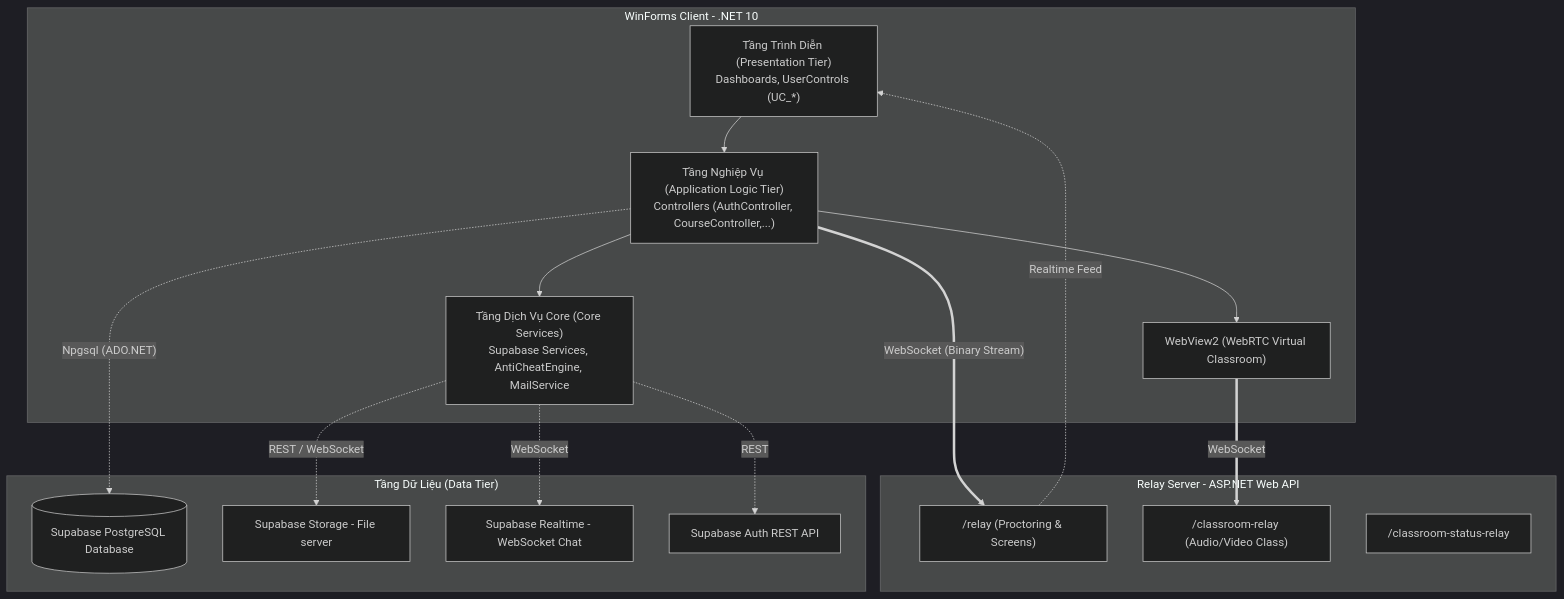
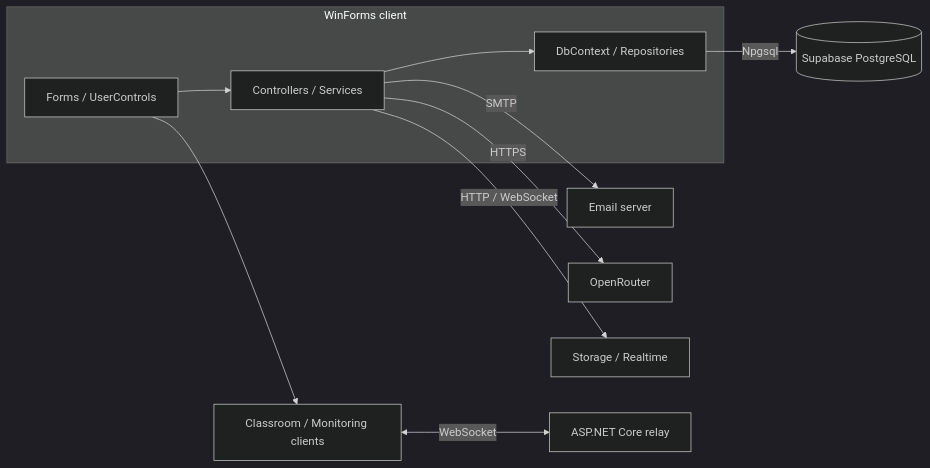
The first of 2 diagrams in present.md (Dotuantai24521545/CourseGuard-project-NT106), drawn with Mermaid (dark theme) before and after one commit. The commit also changed other lines of this file and 3 other files, not shown here.

Commit message:
Align README and presentation with current architecture and verified test scope

````diff
--- a/present.md
+++ b/present.md
@@ -120,36 +30,15 @@
 ```mermaid
-graph TD
-    subgraph Client ["WinForms Client - .NET 10"]
-        UI["Tầng Trình Diễn (Presentation Tier)<br/>Dashboards, UserControls (UC_*)"]
-        C["Tầng Nghiệp Vụ (Application Logic Tier)<br/>Controllers (AuthController, CourseController,...)"]
-        S["Tầng Dịch Vụ Core (Core Services)<br/>Supabase Services, AntiCheatEngine, MailService"]
-        WV["WebView2 (WebRTC Virtual Classroom)"]
+flowchart LR
+    subgraph Desktop["WinForms client"]
+        UI["Forms / UserControls"]
+        Logic["Controllers / Services"]
+        Data["DbContext / Repositories"]
+        UI --> Logic --> Data
     end
-
-    subgraph RelayServer ["Relay Server - ASP.NET Web API"]
-        R1["/relay (Proctoring & Screens)"]
-        R2["/classroom-relay (Audio/Video Class)"]
-        R3["/classroom-status-relay"]
-    end
-
-    subgraph DatabaseLayer ["Tầng Dữ Liệu (Data Tier)"]
-        SDB[("Supabase PostgreSQL Database")]
-        SStorage["Supabase Storage - File server"]
-        SRealtime["Supabase Realtime - WebSocket Chat"]
-        SAuth["Supabase Auth REST API"]
-    end
-
-    UI --> C
-    C --> S
-    C --> WV
-    
-    %% Connections
-    C -. "Npgsql (ADO.NET)" .-> SDB
-    S -. "REST / WebSocket" .-> SStorage
-    S -. WebSocket .-> SRealtime
-    S -. REST .-> SAuth
-
-    WV == WebSocket ==> R2
-    C == "WebSocket (Binary Stream)" ==> R1
-    R1 -. "Realtime Feed" .-> UI
+    Data -->|Npgsql| DB[("Supabase PostgreSQL")]
+    Logic -->|SMTP| Mail["Email server"]
+    Logic -->|HTTPS| AI["OpenRouter"]
+    Logic -->|HTTP / WebSocket| Supabase["Storage / Realtime"]
+    UI --> Media["Classroom / Monitoring clients"]
+    Media <-->|WebSocket| Relay["ASP.NET Core relay"]
 ```
````
